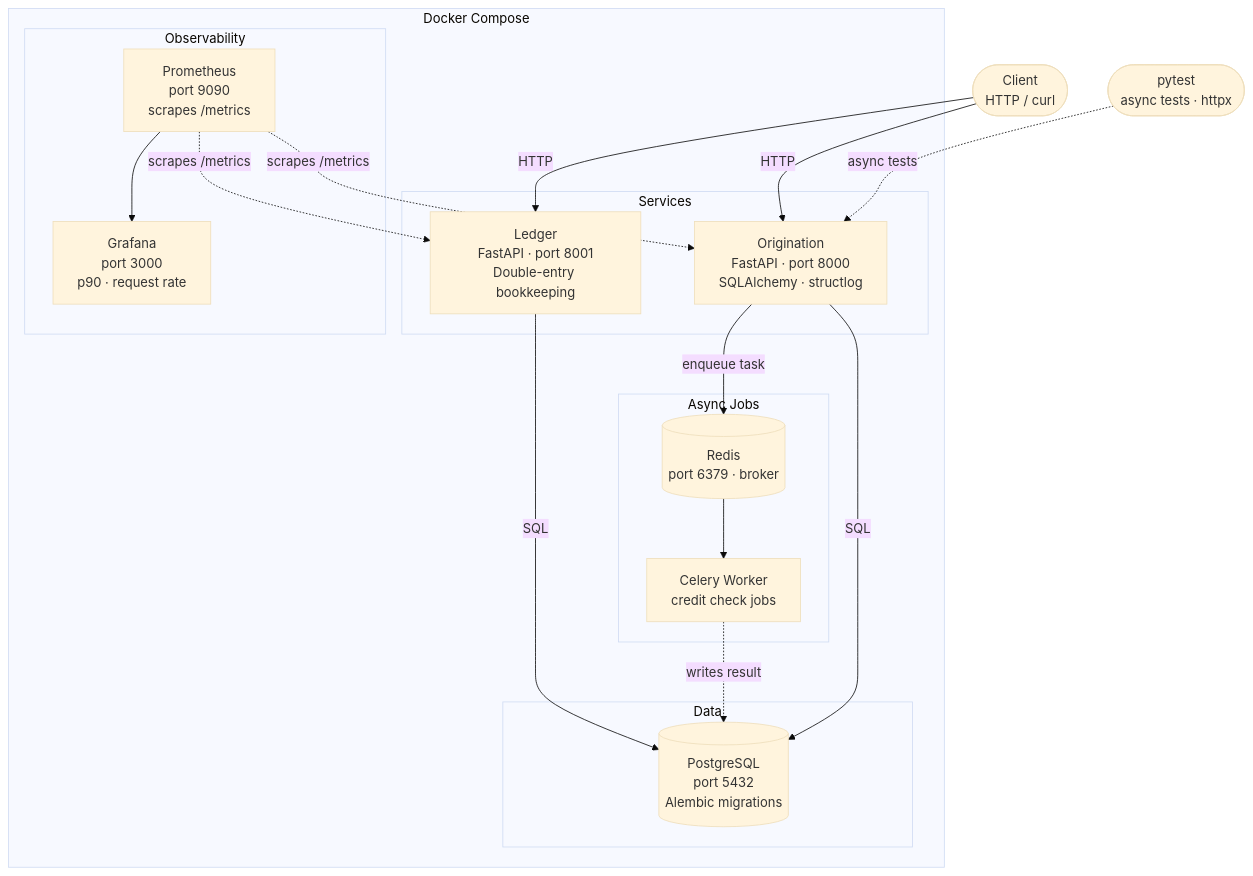
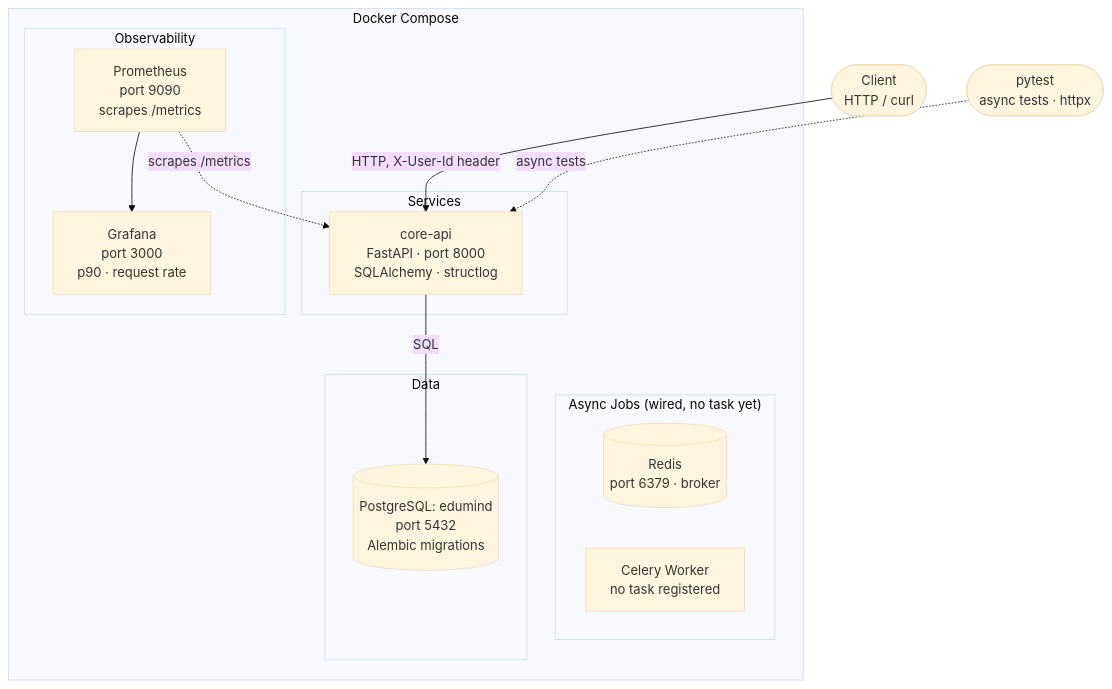
One commit to codeshivamsi-sketch/ai_study_assistant_edumind changed the diagram in README.md. Above: the diagram before and after it, drawn with Mermaid (base theme). The commit also changed other lines of this file and 46 other files, not shown here.

````diff
--- a/README.md
+++ b/README.md
@@ -16,42 +16,33 @@
 ```mermaid
 flowchart TD
     Client(["Client\nHTTP / curl"])
     pytest(["pytest\nasync tests · httpx"])
 
     subgraph Docker ["Docker Compose"]
         subgraph Services ["Services"]
-            Orig["Origination\nFastAPI · port 8000\nSQLAlchemy · structlog"]
-            Ledger["Ledger\nFastAPI · port 8001\nDouble-entry bookkeeping"]
+            Core["core-api\nFastAPI · port 8000\nSQLAlchemy · structlog"]
         end
 
-        subgraph Messaging ["Async Jobs"]
+        subgraph Messaging ["Async Jobs (wired, no task yet)"]
             Redis[("Redis\nport 6379 · broker")]
-            Celery["Celery Worker\ncredit check jobs"]
+            Celery["Celery Worker\nno task registered"]
         end
 
         subgraph Data ["Data"]
-            PG[("PostgreSQL\nport 5432\nAlembic migrations")]
+            PG[("PostgreSQL: edumind\nport 5432\nAlembic migrations")]
         end
 
         subgraph Observability ["Observability"]
             Prom["Prometheus\nport 9090\nscrapes /metrics"]
             Grafana["Grafana\nport 3000\np90 · request rate"]
         end
     end
 
-    Client -->|HTTP| Orig
-    Client -->|HTTP| Ledger
+    Client -->|HTTP, X-User-Id header| Core
+    Core -->|SQL| PG
 
-    Orig -->|SQL| PG
-    Ledger -->|SQL| PG
-
-    Orig -->|enqueue task| Redis
-    Redis --> Celery
-    Celery -.->|writes result| PG
-
-    Prom -.->|scrapes /metrics| Orig
-    Prom -.->|scrapes /metrics| Ledger
+    Prom -.->|scrapes /metrics| Core
     Prom --> Grafana
 
-    pytest -.->|async tests| Orig
+    pytest -.->|async tests| Core
 ```
````
